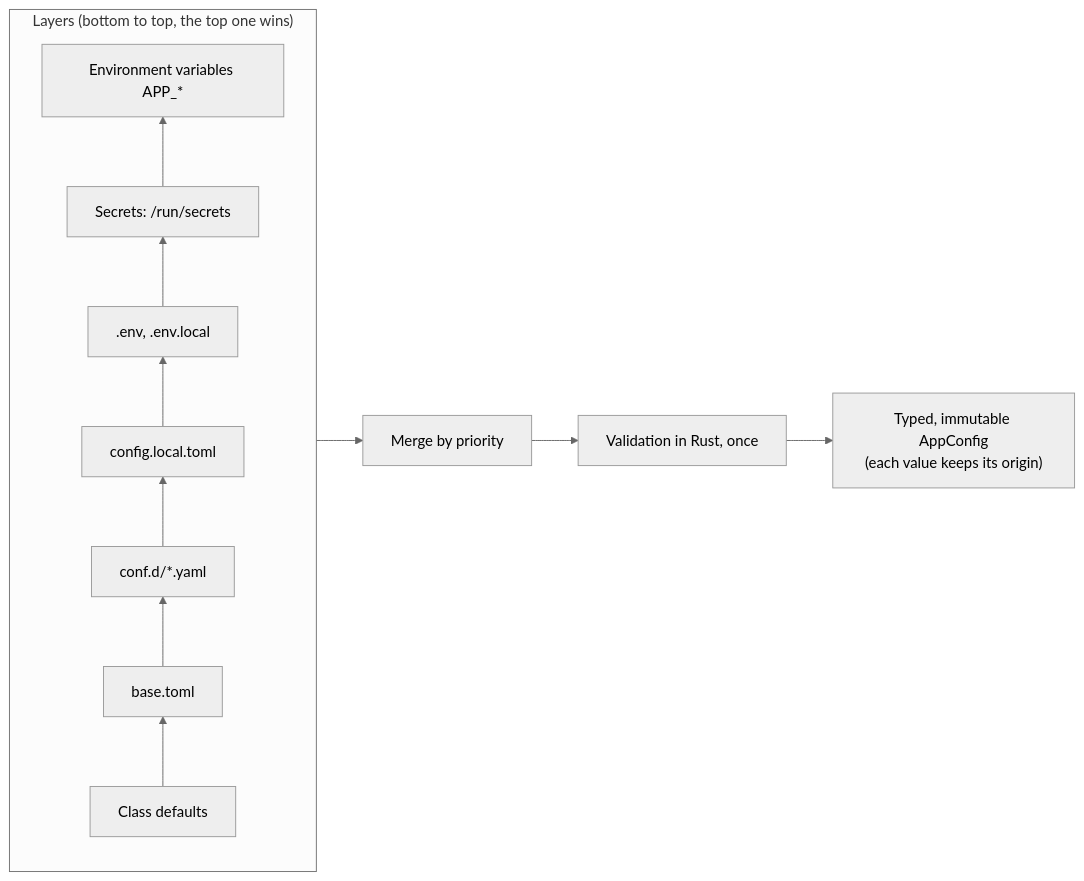
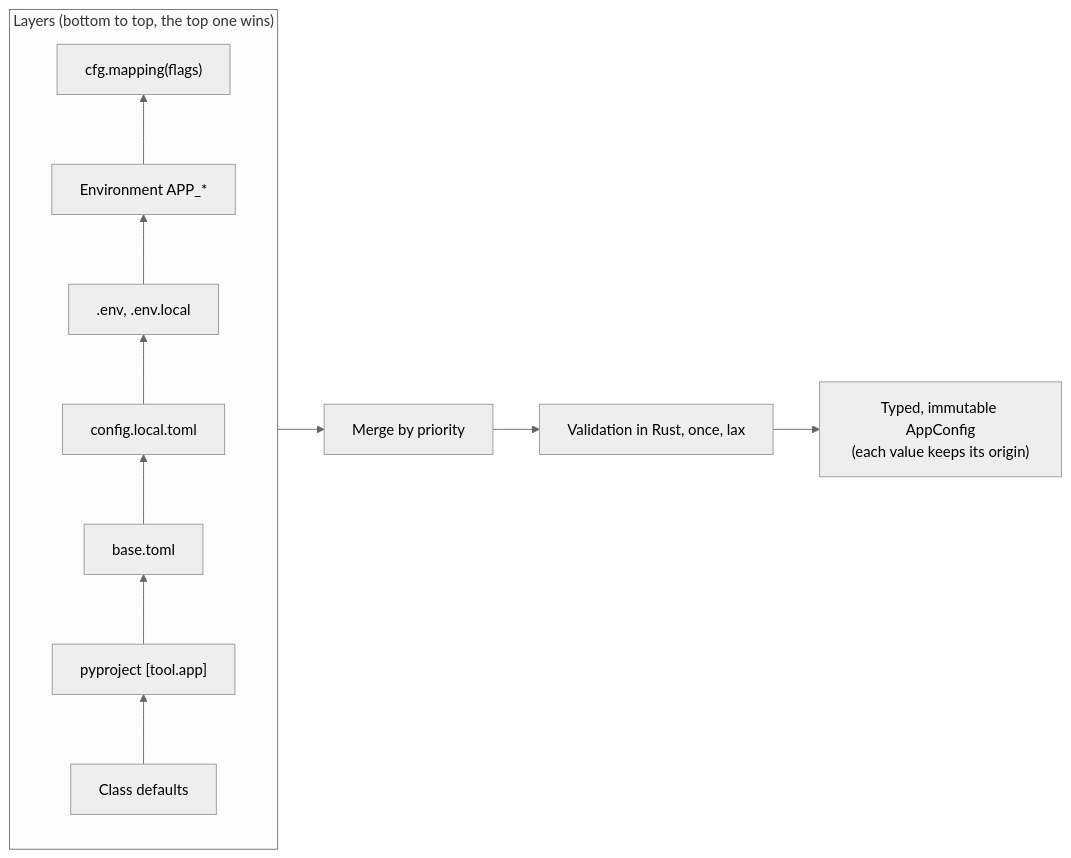
Before and after one commit to m4nd0r4s/oxiform: the first of 3 diagrams in docs/spec.md, drawn with Mermaid (neutral theme). The commit also changed other lines of this file, not shown here.

Commit message:
Specify the config slice: @ox.config, layered sources, origins, errors and ox.Secret (D24, D25)

````diff
--- a/docs/spec.md
+++ b/docs/spec.md
@@ -658,8 +671,8 @@
 ```mermaid
 flowchart LR
-    subgraph Camadas["Layers (bottom to top, the top one wins)"]
+    subgraph Layers["Layers (bottom to top, the top one wins)"]
         direction BT
-        D[Class defaults] --> B[base.toml] --> G["conf.d/*.yaml"] --> L[config.local.toml] --> E[".env, .env.local"] --> S["Secrets: /run/secrets"] --> V["Environment variables APP_*"]
+        D[Class defaults] --> P["pyproject [tool.app]"] --> B[base.toml] --> L[config.local.toml] --> E[".env, .env.local"] --> V["Environment APP_*"] --> M["cfg.mapping(flags)"]
     end
-    V --> M[Merge by priority] --> X["Validation in Rust, once"] --> R["Typed, immutable AppConfig<br/>(each value keeps its origin)"]
+    M --> X[Merge by priority] --> R["Validation in Rust, once, lax"] --> S["Typed, immutable AppConfig<br/>(each value keeps its origin)"]
 ```
````
